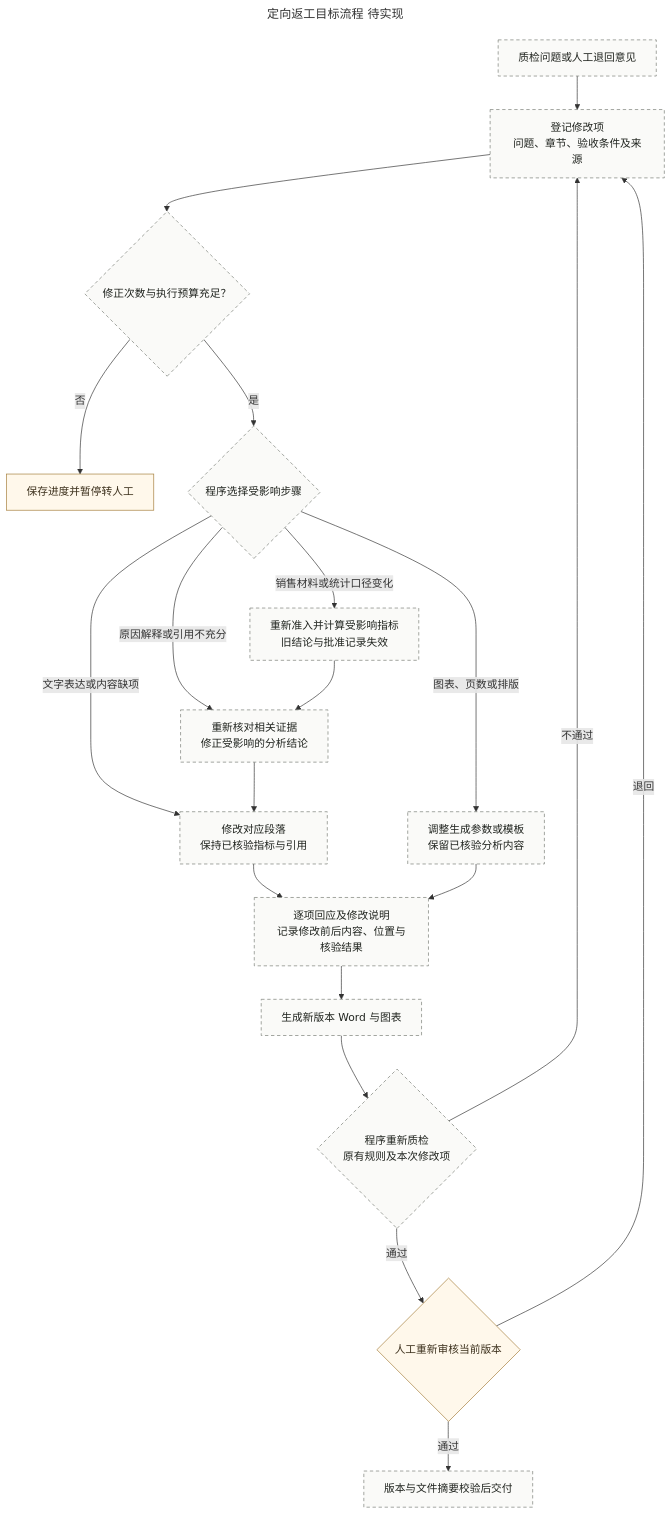
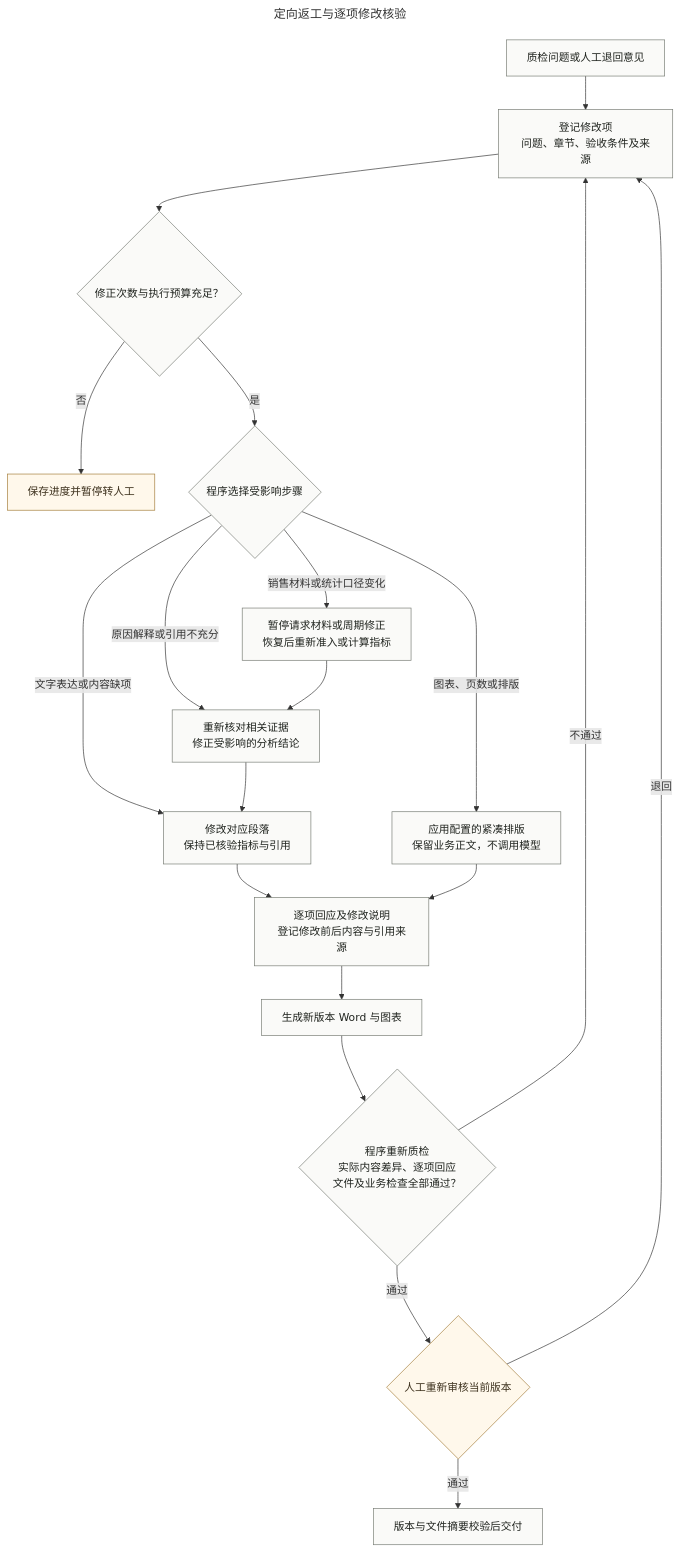
One commit to woliekaile47/weekly-report-agent changed the diagram in docs/diagrams/weekly-report-rework-proposed.mmd. Above: the diagram before and after it, drawn with Mermaid. The commit also changed 42 other files, not shown here.

```diff
--- a/docs/diagrams/weekly-report-rework-proposed.mmd
+++ b/docs/diagrams/weekly-report-rework-proposed.mmd
@@ -1,30 +1,30 @@
 ---
-title: 定向返工目标流程 待实现
+title: 定向返工与逐项修改核验
 ---
 flowchart TB
-    accTitle: 经营周报员工定向返工目标流程
-    accDescr: 待实现设计。程序依据问题类别选择重算指标、重新核对证据、修改文字或重新生成文件，返工后逐项回应并重新质检，人工重新批准当前版本后方可交付。
+    accTitle: 经营周报员工定向返工实现
+    accDescr: 程序依据配置选择重新准入计算、核对证据、修改章节或重新生成文件。多类问题合并处理，返工后核对逐项回应与实际差异并重新质检，人工重新批准当前版本后方可交付。
 
     INPUT["质检问题或人工退回意见"] --> ITEMS["登记修改项<br/>问题、章节、验收条件及来源"]
     ITEMS --> LIMIT{"修正次数与执行预算充足？"}
     LIMIT -->|否| PAUSE["保存进度并暂停转人工"]
     LIMIT -->|是| ROUTE{"程序选择受影响步骤"}
-    ROUTE -->|销售材料或统计口径变化| DATA["重新准入并计算受影响指标<br/>旧结论与批准记录失效"]
+    ROUTE -->|销售材料或统计口径变化| DATA["暂停请求材料或周期修正<br/>恢复后重新准入或计算指标"]
     ROUTE -->|原因解释或引用不充分| EVIDENCE["重新核对相关证据<br/>修正受影响的分析结论"]
     ROUTE -->|文字表达或内容缺项| TEXT["修改对应段落<br/>保持已核验指标与引用"]
-    ROUTE -->|图表、页数或排版| LAYOUT["调整生成参数或模板<br/>保留已核验分析内容"]
+    ROUTE -->|图表、页数或排版| LAYOUT["应用配置的紧凑排版<br/>保留业务正文，不调用模型"]
     DATA --> EVIDENCE
     EVIDENCE --> TEXT
-    TEXT --> RESPONSE["逐项回应及修改说明<br/>记录修改前后内容、位置与核验结果"]
+    TEXT --> RESPONSE["逐项回应及修改说明<br/>登记修改前后内容与引用来源"]
     LAYOUT --> RESPONSE
     RESPONSE --> RENDER["生成新版本 Word 与图表"]
-    RENDER --> QUALITY{"程序重新质检<br/>原有规则及本次修改项"}
+    RENDER --> QUALITY{"程序重新质检<br/>实际内容差异、逐项回应<br/>文件及业务检查全部通过？"}
     QUALITY -->|不通过| ITEMS
     QUALITY -->|通过| HUMAN{"人工重新审核当前版本"}
     HUMAN -->|退回| ITEMS
     HUMAN -->|通过| DELIVERY["版本与文件摘要校验后交付"]
 
-    classDef planned fill:#fafaf8,stroke:#777c74,color:#20241f,stroke-dasharray:5 4;
+    classDef planned fill:#fafaf8,stroke:#777c74,color:#20241f;
     classDef manual fill:#fff8eb,stroke:#a47d39,color:#3e321e;
     class INPUT,ITEMS,LIMIT,ROUTE,DATA,EVIDENCE,TEXT,LAYOUT,RESPONSE,RENDER,QUALITY,DELIVERY planned;
     class PAUSE,HUMAN manual;
```
